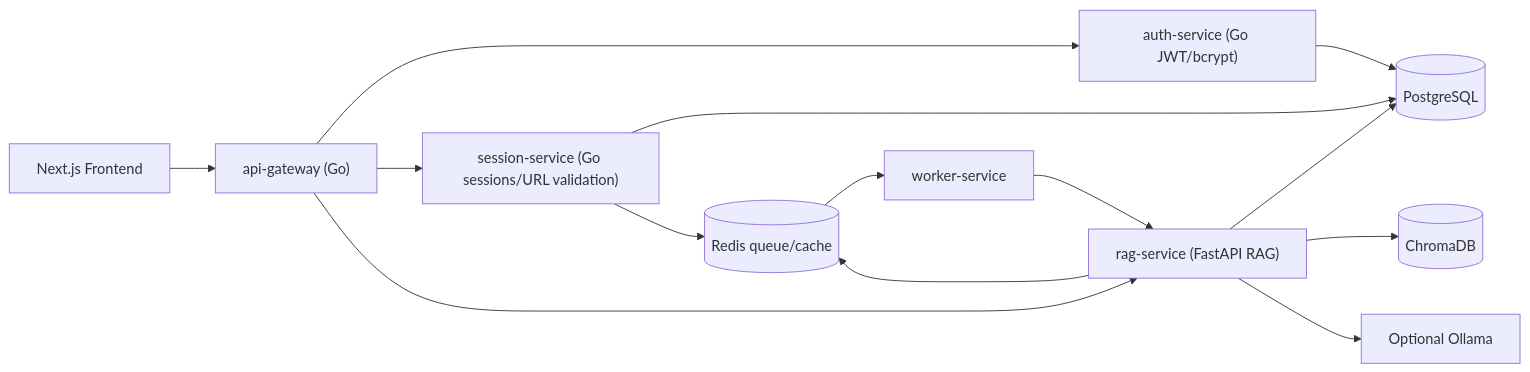
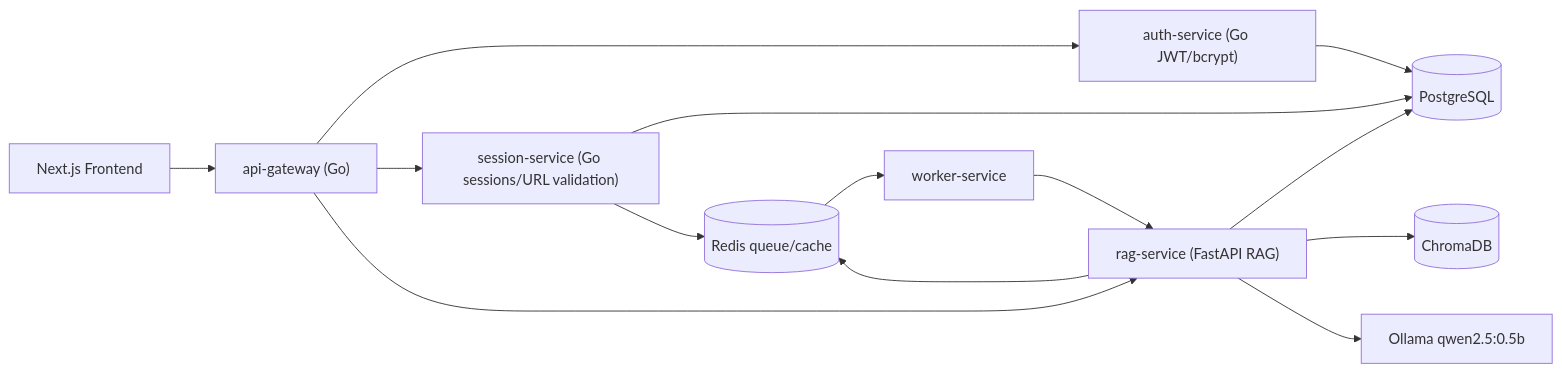
Before and after one commit to itshivams/Talk-to-Docs: the diagram in README.md, drawn with Mermaid. The commit also changed other lines of this file and 3 other files, not shown here.

Commit message:
add: ollama and qwen

````diff
--- a/README.md
+++ b/README.md
@@ -7,16 +7,16 @@
 ```mermaid
 flowchart LR
   UI["Next.js Frontend"] --> Gateway["api-gateway (Go)"]
   Gateway --> Auth["auth-service (Go JWT/bcrypt)"]
   Gateway --> Session["session-service (Go sessions/URL validation)"]
   Gateway --> RAG["rag-service (FastAPI RAG)"]
   Auth --> PG[(PostgreSQL)]
   Session --> PG
   RAG --> PG
   Session --> Redis[(Redis queue/cache)]
   RAG --> Redis
   Redis --> Worker["worker-service"]
   Worker --> RAG
   RAG --> Chroma[(ChromaDB)]
-  RAG --> LLM["Optional Ollama"]
+  RAG --> LLM["Ollama qwen2.5:0.5b"]
 ```
````
